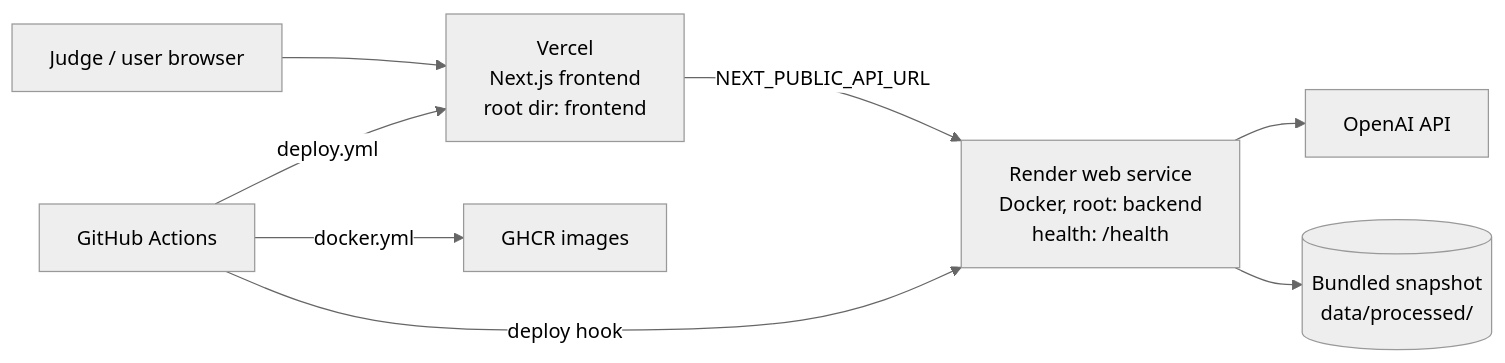
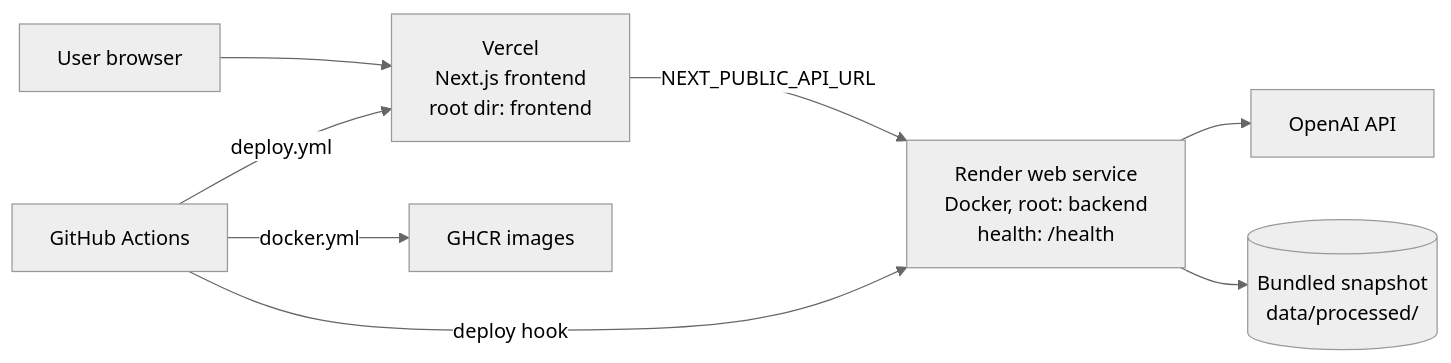
Before and after one commit to alijendoubi/equilibrium: the second of 2 diagrams in docs/ARCHITECTURE.md, drawn with Mermaid (neutral theme). The commit also changed other lines of this file and 8 other files, not shown here.

````diff
--- a/docs/ARCHITECTURE.md
+++ b/docs/ARCHITECTURE.md
@@ -122,10 +122,10 @@
 ```mermaid
 flowchart LR
-    U["Judge / user browser"] --> V["Vercel<br/>Next.js frontend<br/>root dir: frontend"]
+    U["User browser"] --> V["Vercel<br/>Next.js frontend<br/>root dir: frontend"]
     V -- "NEXT_PUBLIC_API_URL" --> RB["Render web service<br/>Docker, root: backend<br/>health: /health"]
     RB --> OAI["OpenAI API"]
     RB --> SNAP[("Bundled snapshot<br/>data/processed/")]
     GH["GitHub Actions"] -- "deploy.yml" --> V
     GH -- "deploy hook" --> RB
     GH -- "docker.yml" --> GHCR["GHCR images"]
 ```
````
